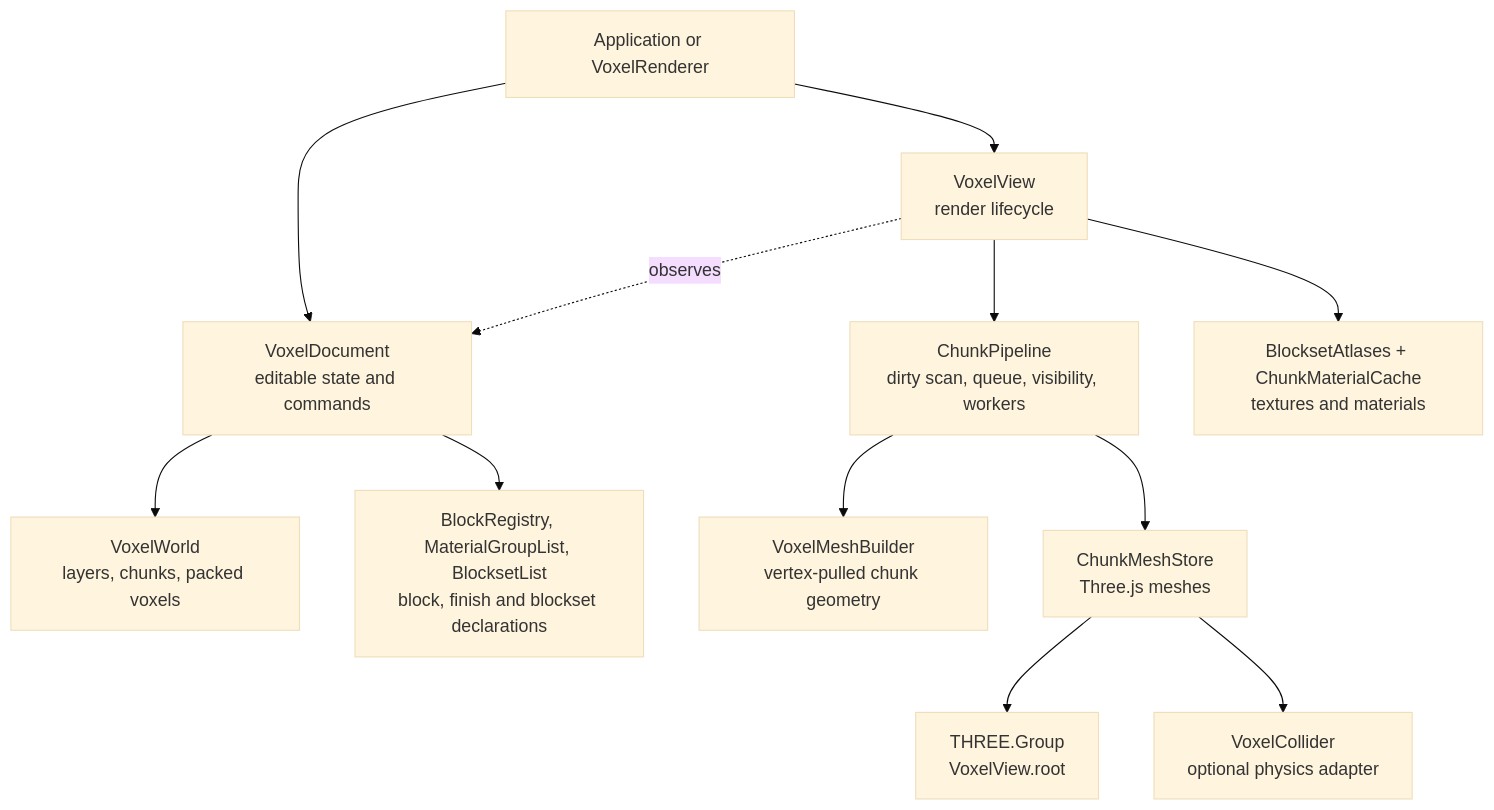
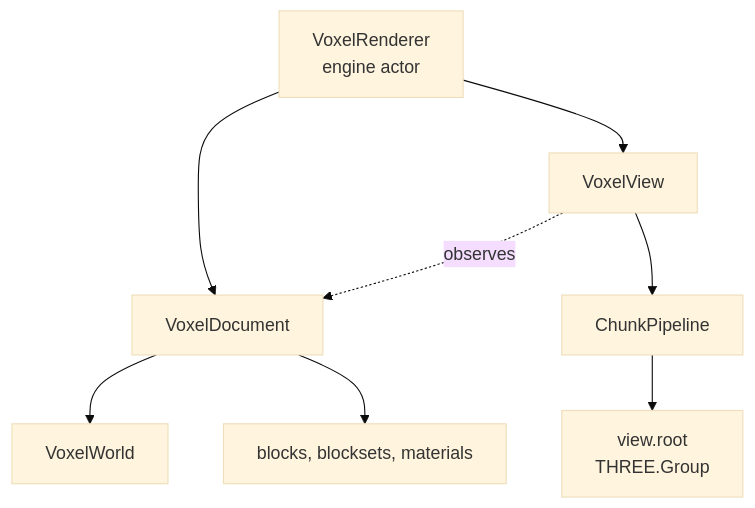
One commit to JollyPixel/editor changed the first of 5 diagrams in packages/voxel-renderer/ARCHITECTURE.md. Above: the diagram before and after it, drawn with Mermaid (base theme). The commit also changed other lines of this file and 26 other files, not shown here.

Commit message:
docs(voxel-renderer): revamp README, Guides, Architecture & Glossary (#1115)

````diff
--- a/packages/voxel-renderer/ARCHITECTURE.md
+++ b/packages/voxel-renderer/ARCHITECTURE.md
@@ -12,16 +11,10 @@
 ```mermaid
 flowchart TB
-    App["Application or VoxelRenderer"] --> Document["VoxelDocument<br/>editable state and commands"]
-    App --> View["VoxelView<br/>render lifecycle"]
+    Renderer["VoxelRenderer<br/>engine actor"] --> Document["VoxelDocument"]
+    Renderer --> View["VoxelView"]
     View -. "observes" .-> Document
-
-    Document --> World["VoxelWorld<br/>layers, chunks, packed voxels"]
-    Document --> Definitions["BlockRegistry, MaterialGroupList, BlocksetList<br/>block, finish and blockset declarations"]
-
-    View --> Pipeline["ChunkPipeline<br/>dirty scan, queue, visibility, workers"]
-    View --> Atlases["BlocksetAtlases + ChunkMaterialCache<br/>textures and materials"]
-    Pipeline --> Builder["VoxelMeshBuilder<br/>vertex-pulled chunk geometry"]
-    Pipeline --> Store["ChunkMeshStore<br/>Three.js meshes"]
-    Store --> Root["THREE.Group<br/>VoxelView.root"]
-    Store --> Collider["VoxelCollider<br/>optional physics adapter"]
+    Document --> World["VoxelWorld"]
+    Document --> Blocks["blocks, blocksets, materials"]
+    View --> Pipeline["ChunkPipeline"]
+    Pipeline --> Root["view.root<br/>THREE.Group"]
 ```
````
